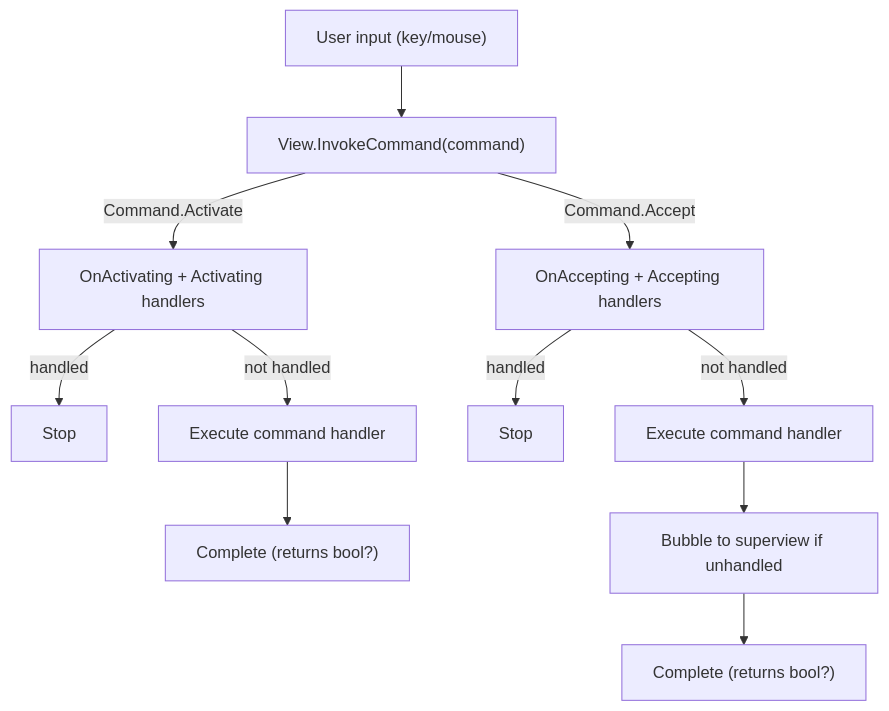
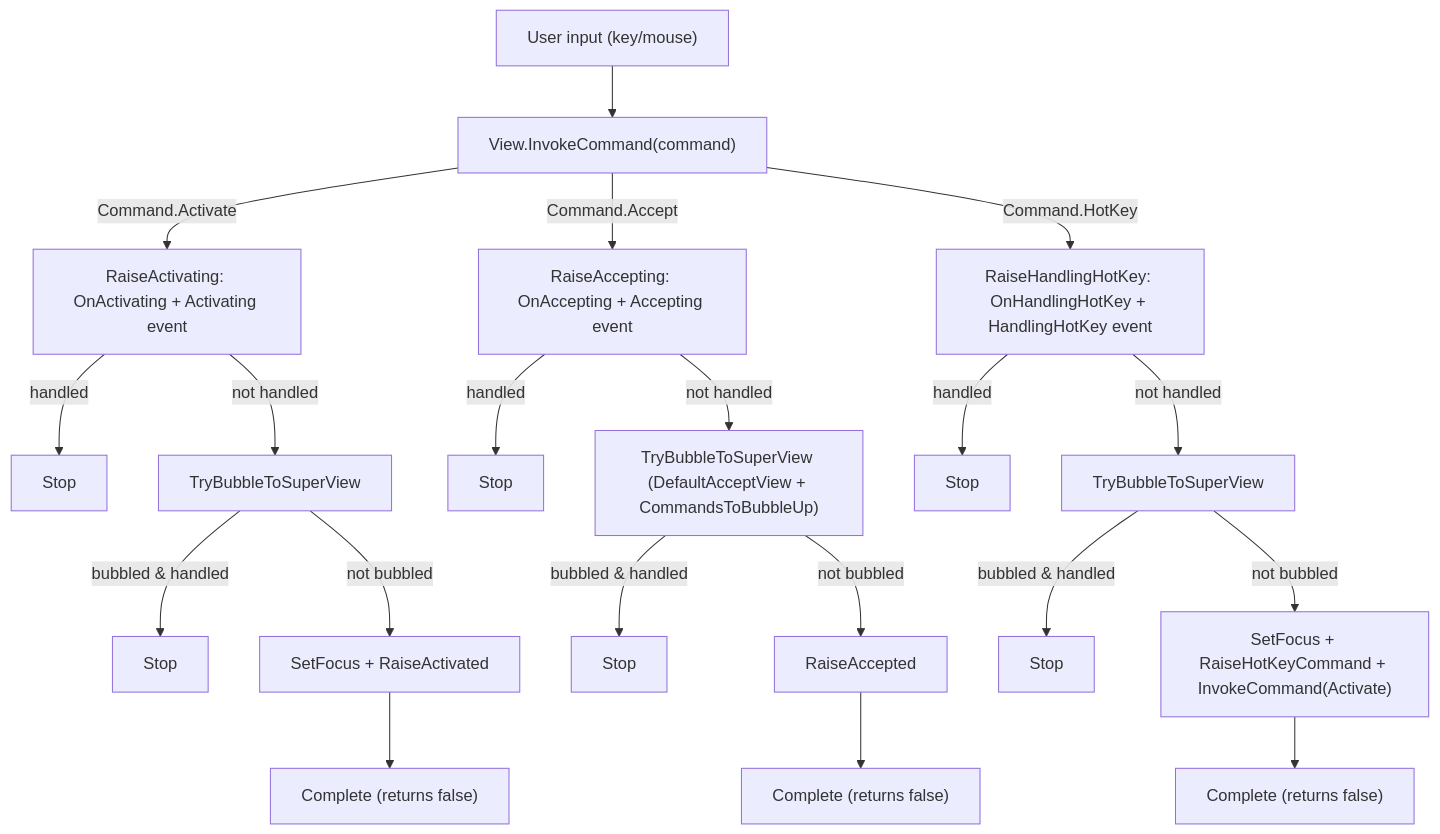
One commit to gui-cs/Terminal.Gui changed the first of 3 diagrams in docfx/docs/command.md. Above: the diagram before and after it, drawn with Mermaid. The commit also changed other lines of this file and 3 other files, not shown here.

````diff
--- a/docfx/docs/command.md
+++ b/docfx/docs/command.md
@@ -17,15 +17,25 @@
 ```mermaid
 flowchart TD
     input["User input (key/mouse)"] --> invoke["View.InvokeCommand(command)"]
-    invoke --> |Command.Activate| act_pre["OnActivating + Activating handlers"]
-    invoke --> |Command.Accept| acc_pre["OnAccepting + Accepting handlers"]
+    invoke --> |Command.Activate| act_pre["RaiseActivating: OnActivating + Activating event"]
+    invoke --> |Command.Accept| acc_pre["RaiseAccepting: OnAccepting + Accepting event"]
+    invoke --> |Command.HotKey| hk_pre["RaiseHandlingHotKey: OnHandlingHotKey + HandlingHotKey event"]
 
     act_pre --> |handled| act_stop["Stop"]
-    act_pre --> |not handled| act_handler["Execute command handler"]
-    act_handler --> act_done["Complete (returns bool?)"]
+    act_pre --> |not handled| act_bubble["TryBubbleToSuperView"]
+    act_bubble --> |bubbled & handled| act_stop2["Stop"]
+    act_bubble --> |not bubbled| act_handler["SetFocus + RaiseActivated"]
+    act_handler --> act_done["Complete (returns false)"]
 
     acc_pre --> |handled| acc_stop["Stop"]
-    acc_pre --> |not handled| acc_handler["Execute command handler"]
-    acc_handler --> acc_bubble["Bubble to superview if unhandled"]
-    acc_bubble --> acc_done["Complete (returns bool?)"]
+    acc_pre --> |not handled| acc_bubble["TryBubbleToSuperView (DefaultAcceptView + CommandsToBubbleUp)"]
+    acc_bubble --> |bubbled & handled| acc_stop2["Stop"]
+    acc_bubble --> |not bubbled| acc_handler["RaiseAccepted"]
+    acc_handler --> acc_done["Complete (returns false)"]
+
+    hk_pre --> |handled| hk_stop["Stop"]
+    hk_pre --> |not handled| hk_bubble["TryBubbleToSuperView"]
+    hk_bubble --> |bubbled & handled| hk_stop2["Stop"]
+    hk_bubble --> |not bubbled| hk_handler["SetFocus + RaiseHotKeyCommand + InvokeCommand(Activate)"]
+    hk_handler --> hk_done["Complete (returns false)"]
 ```
````
